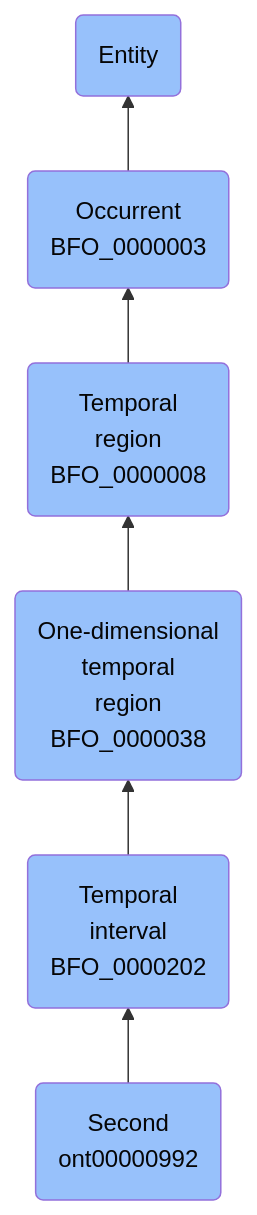
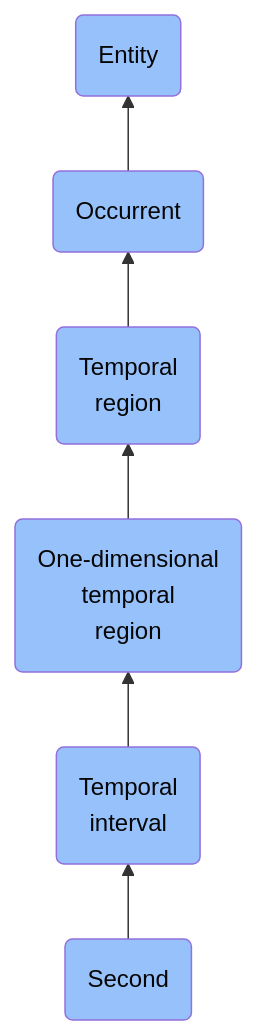
The diagram in docs/ontology/reference/model/Entity/Occurrent/Temporal region/One-dimensional temporal region/Temporal interval/Second/Second.md (jupyter-naas/abi), drawn with Mermaid before and after one commit. The commit also changed other lines of this file and 1430 other files, not shown here.

````diff
--- a/docs/ontology/reference/model/Entity/Occurrent/Temporal region/One-dimensional temporal region/Temporal interval/Second/Second.md
+++ b/docs/ontology/reference/model/Entity/Occurrent/Temporal region/One-dimensional temporal region/Temporal interval/Second/Second.md
@@ -24,13 +24,13 @@
 ```mermaid
 graph BT
-    ont00000992(Second<br>ont00000992):::BFO-->BFO_0000202
-    BFO_0000202(Temporal<br>interval<br>BFO_0000202):::BFO-->BFO_0000038
-    BFO_0000038(One-dimensional<br>temporal<br>region<br>BFO_0000038):::BFO-->BFO_0000008
-    BFO_0000008(Temporal<br>region<br>BFO_0000008):::BFO-->BFO_0000003
-    BFO_0000003(Occurrent<br>BFO_0000003):::BFO-->BFO_0000001
+    ont00000992(Second):::BFO-->BFO_0000202
+    BFO_0000202(Temporal<br>interval):::BFO-->BFO_0000038
+    BFO_0000038(One-dimensional<br>temporal<br>region):::BFO-->BFO_0000008
+    BFO_0000008(Temporal<br>region):::BFO-->BFO_0000003
+    BFO_0000003(Occurrent):::BFO-->BFO_0000001
     BFO_0000001(Entity):::BFO
     
     classDef BFO fill:#97c1fb,color:#060606
     classDef CCO fill:#e4c51e,color:#060606
     classDef ABI fill:#48DD82,color:#060606
 ```
````
